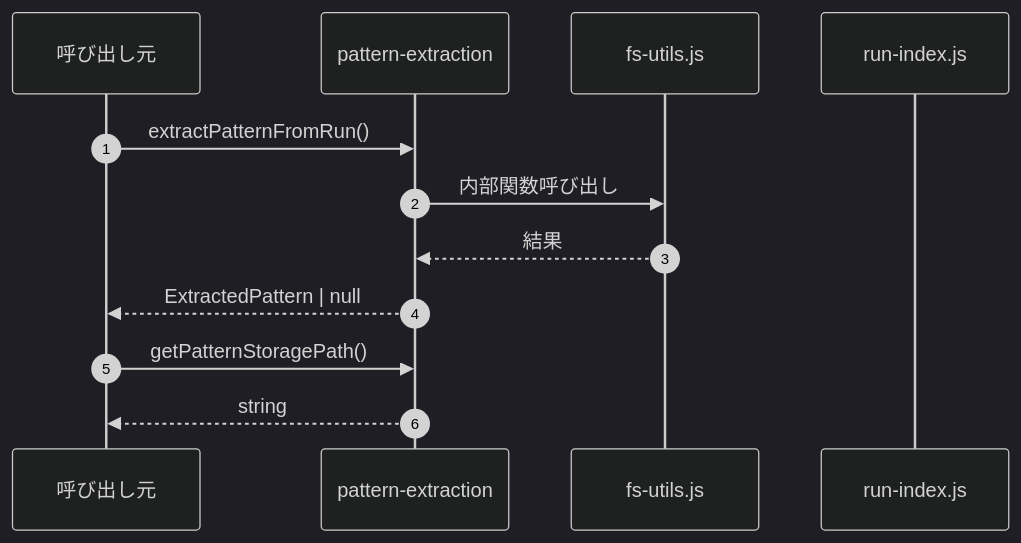
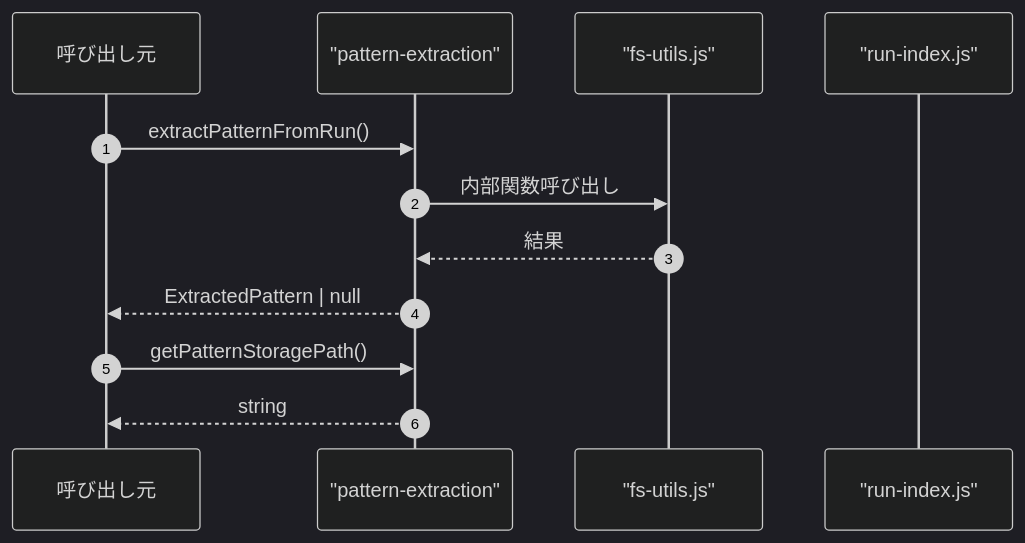
The fourth of 4 diagrams in ABDD/.pi/lib/pattern-extraction.md (Mekann2904/mekann), drawn with Mermaid (dark theme) before and after one commit. The commit also changed other lines of this file and 152 other files, not shown here.

First line of the commit message:
fix: Mermaid図のラベル内の特殊文字をエスケープする

````diff
--- a/ABDD/.pi/lib/pattern-extraction.md
+++ b/ABDD/.pi/lib/pattern-extraction.md
@@ -117,16 +117,16 @@
 ```mermaid
 sequenceDiagram
   autonumber
   participant Caller as 呼び出し元
-  participant pattern_extraction as pattern-extraction
-  participant fs_utils_js as fs-utils.js
-  participant run_index_js as run-index.js
+  participant pattern_extraction as "pattern-extraction"
+  participant fs_utils_js as "fs-utils.js"
+  participant run_index_js as "run-index.js"
 
   Caller->>pattern_extraction: extractPatternFromRun()
   pattern_extraction->>fs_utils_js: 内部関数呼び出し
   fs_utils_js-->>pattern_extraction: 結果
   pattern_extraction-->>Caller: ExtractedPattern | null
 
   Caller->>pattern_extraction: getPatternStoragePath()
   pattern_extraction-->>Caller: string
 ```
````
